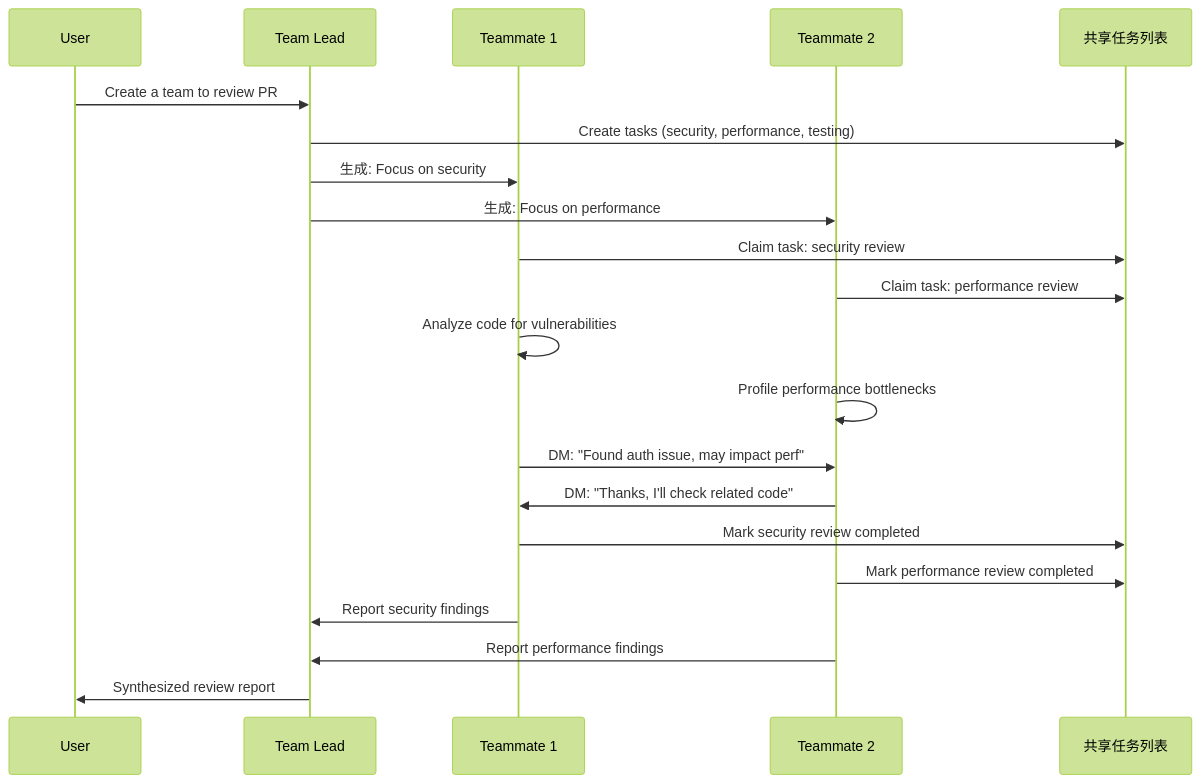
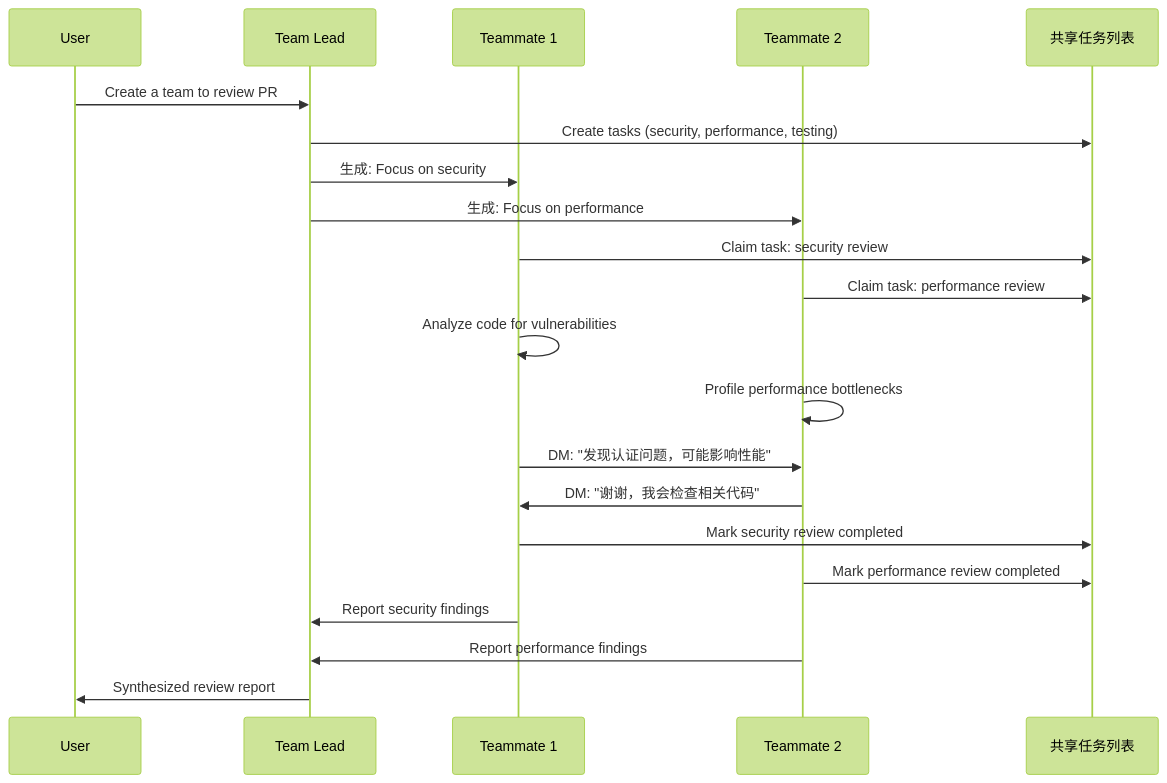
Before and after one commit to sunweijieMJ/aix: the diagram in docs/tech-sharing/agent-team.md, drawn with Mermaid (forest theme). The commit also changed other lines of this file and 31 other files, not shown here.

````diff
--- a/docs/tech-sharing/agent-team.md
+++ b/docs/tech-sharing/agent-team.md
@@ -53,30 +53,30 @@
 ```mermaid
 sequenceDiagram
     participant User
     participant Lead as Team Lead
     participant T1 as Teammate 1
     participant T2 as Teammate 2
     participant TaskList as 共享任务列表
 
     User->>Lead: Create a team to review PR #123
     Lead->>TaskList: Create tasks (security, performance, testing)
     Lead->>T1: 生成: Focus on security
     Lead->>T2: 生成: Focus on performance
 
     T1->>TaskList: Claim task: security review
     T2->>TaskList: Claim task: performance review
 
     T1->>T1: Analyze code for vulnerabilities
     T2->>T2: Profile performance bottlenecks
 
-    T1->>T2: DM: "Found auth issue, may impact perf"
-    T2->>T1: DM: "Thanks, I'll check related code"
+    T1->>T2: DM: "发现认证问题，可能影响性能"
+    T2->>T1: DM: "谢谢，我会检查相关代码"
 
     T1->>TaskList: Mark security review completed
     T2->>TaskList: Mark performance review completed
 
     T1->>Lead: Report security findings
     T2->>Lead: Report performance findings
 
     Lead->>User: Synthesized review report
 ```
````
